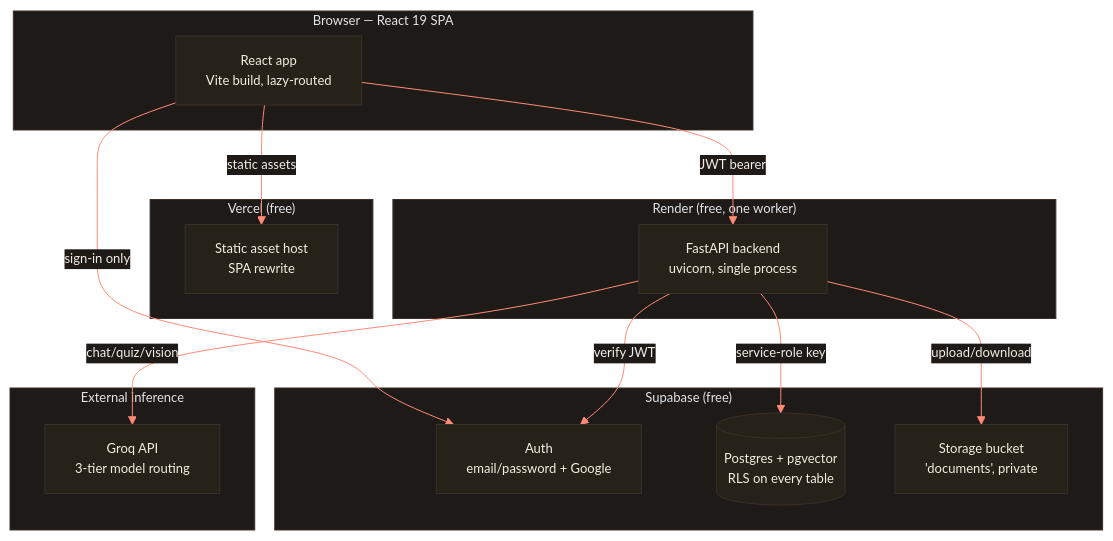
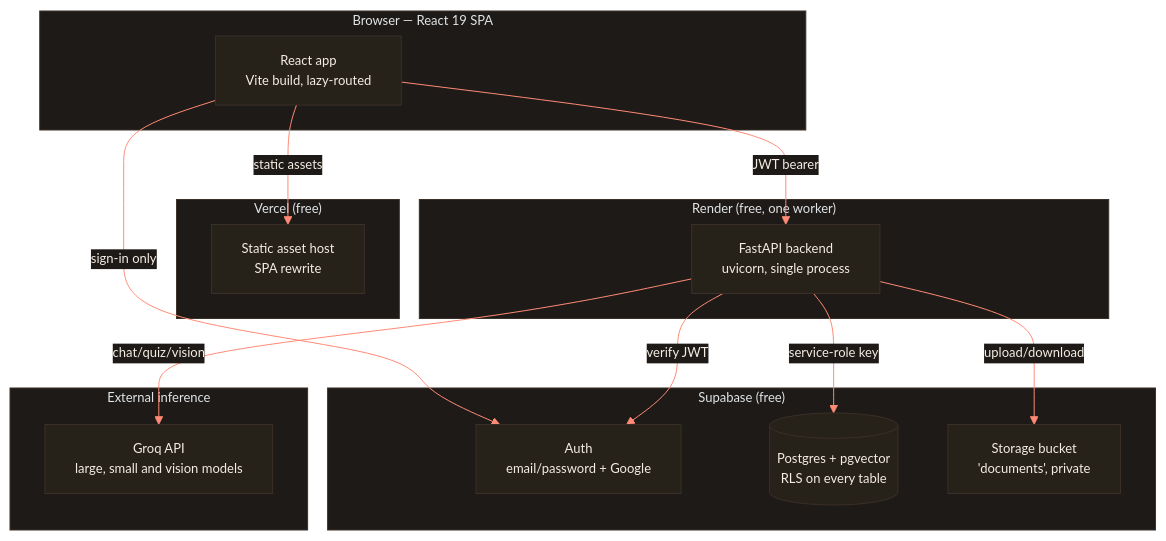
One commit to Abiram116/New-Space-Learn changed the first of 2 diagrams in README.md. Above: the diagram before and after it, drawn with Mermaid. The commit also changed other lines of this file and 6 other files, not shown here.

````diff
--- a/README.md
+++ b/README.md
@@ -279,39 +52,39 @@
 ```mermaid
 %%{init: {'theme':'base', 'themeVariables': {
   'primaryColor': '#262119', 'primaryTextColor': '#f5ede4', 'primaryBorderColor': '#ff5a3c',
   'lineColor': '#ff8b76', 'secondaryColor': '#0e2f34', 'tertiaryColor': '#1e1a17',
   'background': '#1e1a17', 'mainBkg': '#262119', 'nodeBorder': '#3b3028',
   'clusterBkg': '#1e1a17', 'clusterBorder': '#3b3028', 'edgeLabelBackground': '#1e1a17',
   'fontFamily': 'Courier New, monospace', 'fontSize': '13px'
 }}}%%
 flowchart TB
     subgraph Client["Browser — React 19 SPA"]
         UI[React app<br/>Vite build, lazy-routed]
     end
 
     subgraph Vercel["Vercel (free)"]
         Static[Static asset host<br/>SPA rewrite]
     end
 
     subgraph Render["Render (free, one worker)"]
         API[FastAPI backend<br/>uvicorn, single process]
     end
 
     subgraph Supabase["Supabase (free)"]
         Auth[Auth<br/>email/password + Google]
         PG[(Postgres + pgvector<br/>RLS on every table)]
         Storage[Storage bucket<br/>'documents', private]
     end
 
     subgraph External["External inference"]
-        Groq[Groq API<br/>3-tier model routing]
+        Groq[Groq API<br/>large, small and vision models]
     end
 
     UI -- "sign-in only" --> Auth
     UI -- "static assets" --> Static
     UI -- "JWT bearer" --> API
     API -- "service-role key" --> PG
     API -- "verify JWT" --> Auth
     API -- "upload/download" --> Storage
     API -- "chat/quiz/vision" --> Groq
 ```
````
